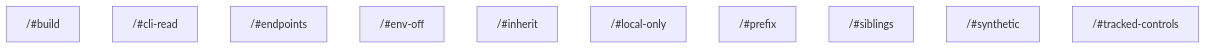
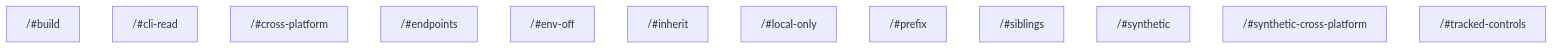
The diagram in crates/vt_plan/tests/plan_snapshots/fixtures/remote_cache_config/snapshots/task_graph.md (voidzero-dev/vite-task), drawn with Mermaid before and after one commit. The commit also changed other lines of this file and 79 other files, not shown here.

First line of the commit message:
feat(cache): share a task's remote cache entries between platforms with `cache.remote.crossPlatform`

````diff
--- a/crates/vt_plan/tests/plan_snapshots/fixtures/remote_cache_config/snapshots/task_graph.md
+++ b/crates/vt_plan/tests/plan_snapshots/fixtures/remote_cache_config/snapshots/task_graph.md
@@ -3,13 +3,15 @@
 ```mermaid
 flowchart TD
   task_0["<workspace>/#build"]
   task_1["<workspace>/#cli-read"]
-  task_2["<workspace>/#endpoints"]
-  task_3["<workspace>/#env-off"]
-  task_4["<workspace>/#inherit"]
-  task_5["<workspace>/#local-only"]
-  task_6["<workspace>/#prefix"]
-  task_7["<workspace>/#siblings"]
-  task_8["<workspace>/#synthetic"]
-  task_9["<workspace>/#tracked-controls"]
+  task_2["<workspace>/#cross-platform"]
+  task_3["<workspace>/#endpoints"]
+  task_4["<workspace>/#env-off"]
+  task_5["<workspace>/#inherit"]
+  task_6["<workspace>/#local-only"]
+  task_7["<workspace>/#prefix"]
+  task_8["<workspace>/#siblings"]
+  task_9["<workspace>/#synthetic"]
+  task_10["<workspace>/#synthetic-cross-platform"]
+  task_11["<workspace>/#tracked-controls"]
 ```
````
